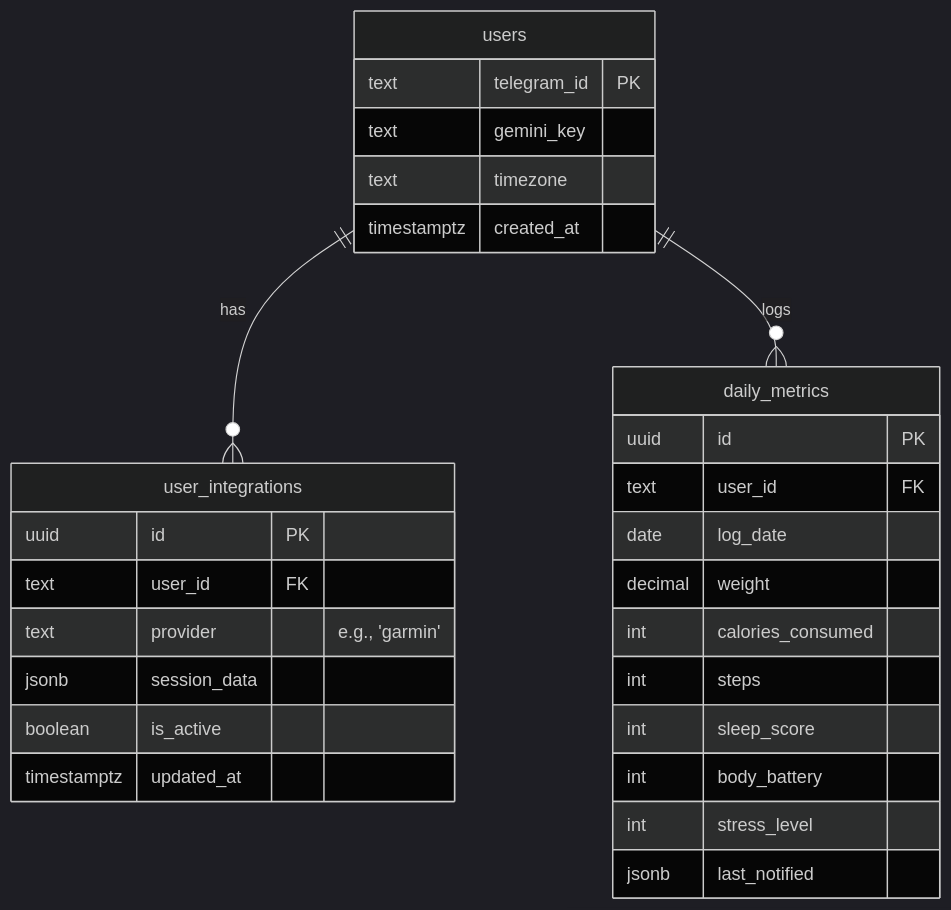
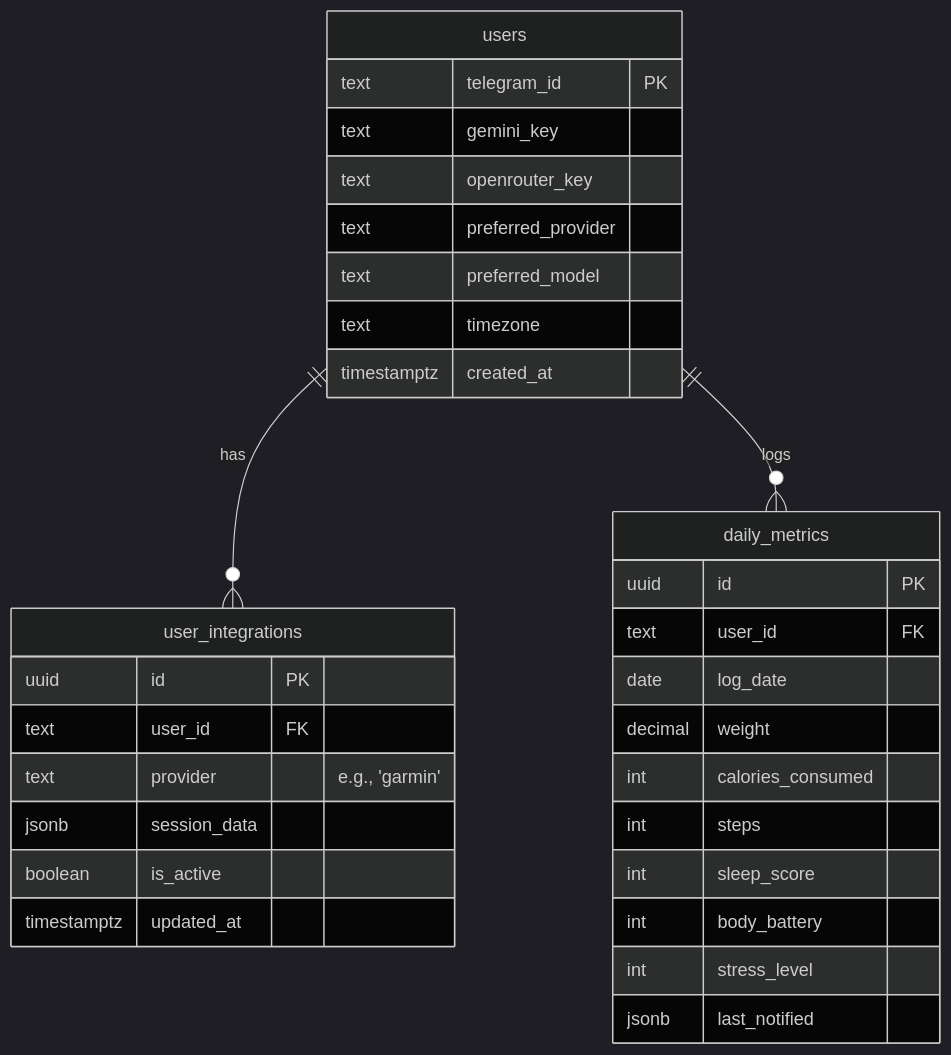
Before and after one commit to vini46/fitness_bot: the diagram in DATABASE_SCHEMA.md, drawn with Mermaid (dark theme). The commit also changed other lines of this file and 3 other files, not shown here.

Commit message:
feat: Introduce multi-model AI capabilities by integrating OpenRouter and allowing users to select preferred providers and models.

````diff
--- a/DATABASE_SCHEMA.md
+++ b/DATABASE_SCHEMA.md
@@ -9,34 +9,37 @@
 ```mermaid
 erDiagram
     users ||--o{ user_integrations : "has"
     users ||--o{ daily_metrics : "logs"
 
     users {
         text telegram_id PK
         text gemini_key
+        text openrouter_key
+        text preferred_provider
+        text preferred_model
         text timezone
         timestamptz created_at
     }
 
     user_integrations {
         uuid id PK
         text user_id FK
         text provider "e.g., 'garmin'"
         jsonb session_data
         boolean is_active
         timestamptz updated_at
     }
 
     daily_metrics {
         uuid id PK
         text user_id FK
         date log_date
         decimal weight
         int calories_consumed
         int steps
         int sleep_score
         int body_battery
         int stress_level
         jsonb last_notified
     }
 ```
````
